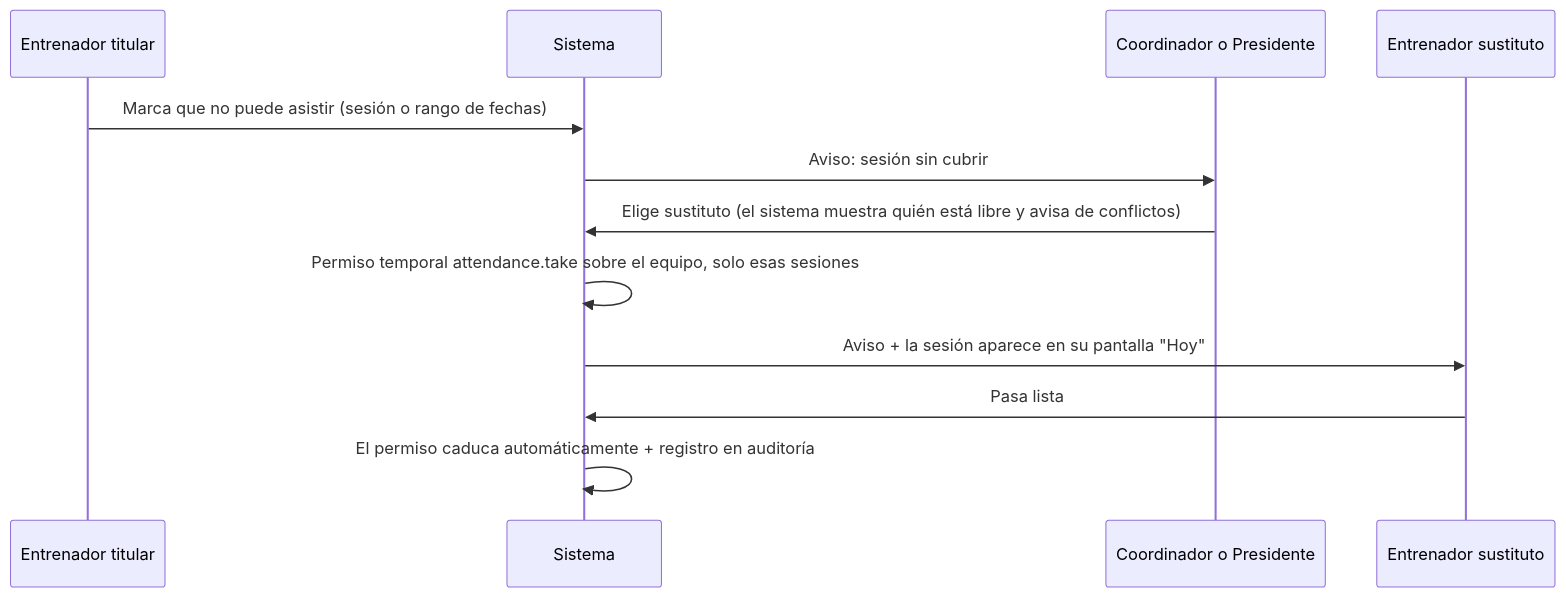
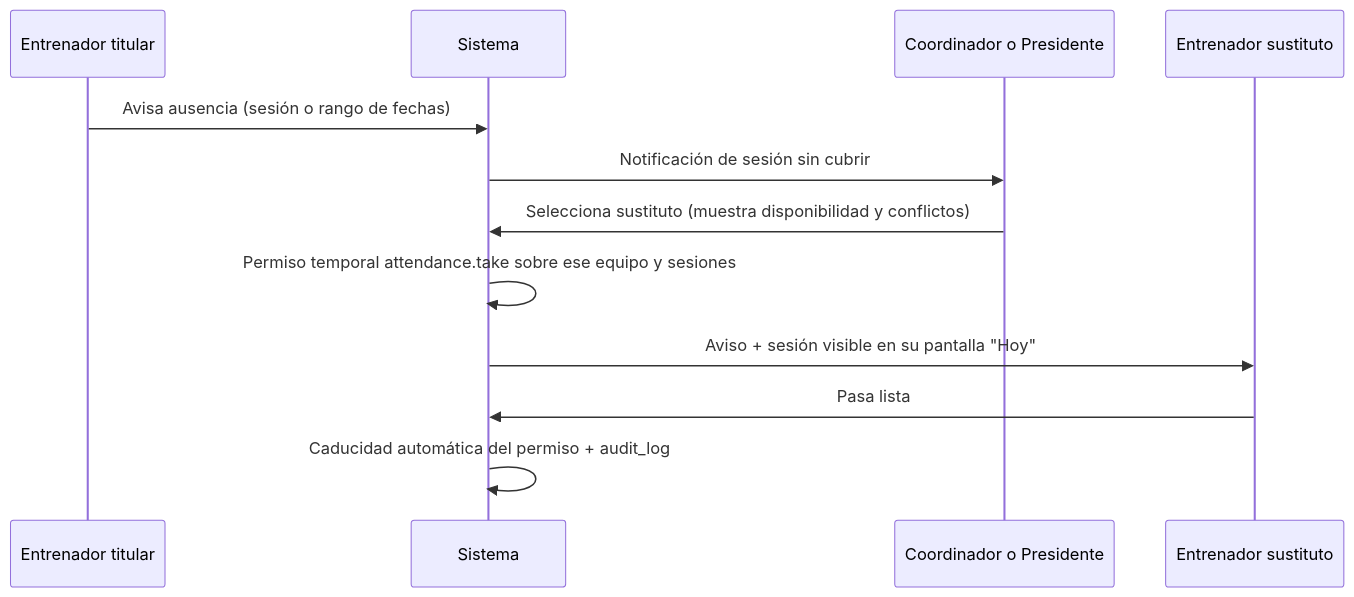
Before and after one commit to Caxoneto/voleibol-sanpedro: the fifth of 6 diagrams in docs/plan-intranet-club.md, drawn with Mermaid. The commit also changed other lines of this file, not shown here.

Commit message:
docs: plan definitivo v3 de intranet del club

````diff
--- a/docs/plan-intranet-club.md
+++ b/docs/plan-intranet-club.md
@@ -381,14 +354,14 @@
 ```mermaid
 sequenceDiagram
   participant E as Entrenador titular
   participant S as Sistema
   participant C as Coordinador o Presidente
   participant X as Entrenador sustituto
-  E->>S: Marca que no puede asistir (sesión o rango de fechas)
-  S->>C: Aviso: sesión sin cubrir
-  C->>S: Elige sustituto (el sistema muestra quién está libre y avisa de conflictos)
-  S->>S: Permiso temporal attendance.take sobre el equipo, solo esas sesiones
-  S->>X: Aviso + la sesión aparece en su pantalla "Hoy"
+  E->>S: Avisa ausencia (sesión o rango de fechas)
+  S->>C: Notificación de sesión sin cubrir
+  C->>S: Selecciona sustituto (muestra disponibilidad y conflictos)
+  S->>S: Permiso temporal attendance.take sobre ese equipo y sesiones
+  S->>X: Aviso + sesión visible en su pantalla "Hoy"
   X->>S: Pasa lista
-  S->>S: El permiso caduca automáticamente + registro en auditoría
+  S->>S: Caducidad automática del permiso + audit_log
 ```
````
